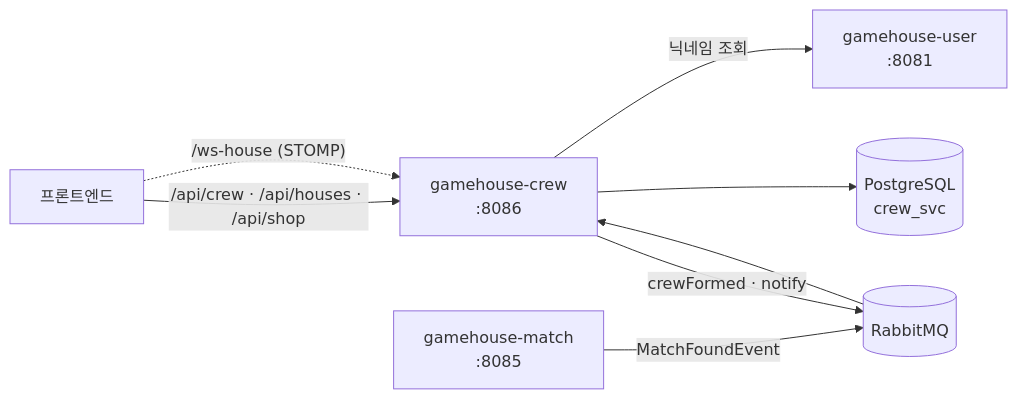
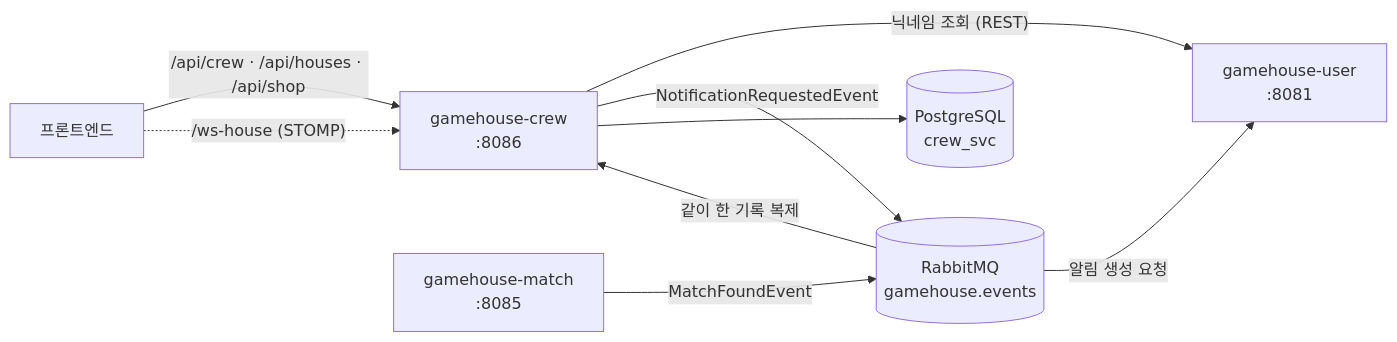
Before and after one commit to NexusOps-gamehouse/gamehouse-crew: the diagram in README.md, drawn with Mermaid. The commit also changed other lines of this file, not shown here.

Commit message:
Revise service interaction details in README
Updated service interactions and event handling explanations in the README.

````diff
--- a/README.md
+++ b/README.md
@@ -28,17 +28,18 @@
 ```mermaid
 flowchart LR
     FE["프론트엔드"]
     CREW["gamehouse-crew<br/>:8086"]
     USER["gamehouse-user<br/>:8081"]
     MATCH["gamehouse-match<br/>:8085"]
-    MQ[("RabbitMQ")]
+    MQ[("RabbitMQ<br/>gamehouse.events")]
     DB[("PostgreSQL<br/>crew_svc")]
 
     FE -->|"/api/crew · /api/houses · /api/shop"| CREW
     FE -.->|"/ws-house (STOMP)"| CREW
-    CREW -->|"닉네임 조회"| USER
+    CREW -->|"닉네임 조회 (REST)"| USER
     MATCH -->|"MatchFoundEvent"| MQ
-    MQ --> CREW
-    CREW -->|"crewFormed · notify"| MQ
+    MQ -->|"같이 한 기록 복제"| CREW
+    CREW -->|"NotificationRequestedEvent"| MQ
+    MQ -->|"알림 생성 요청"| USER
     CREW --> DB
 ```
````
